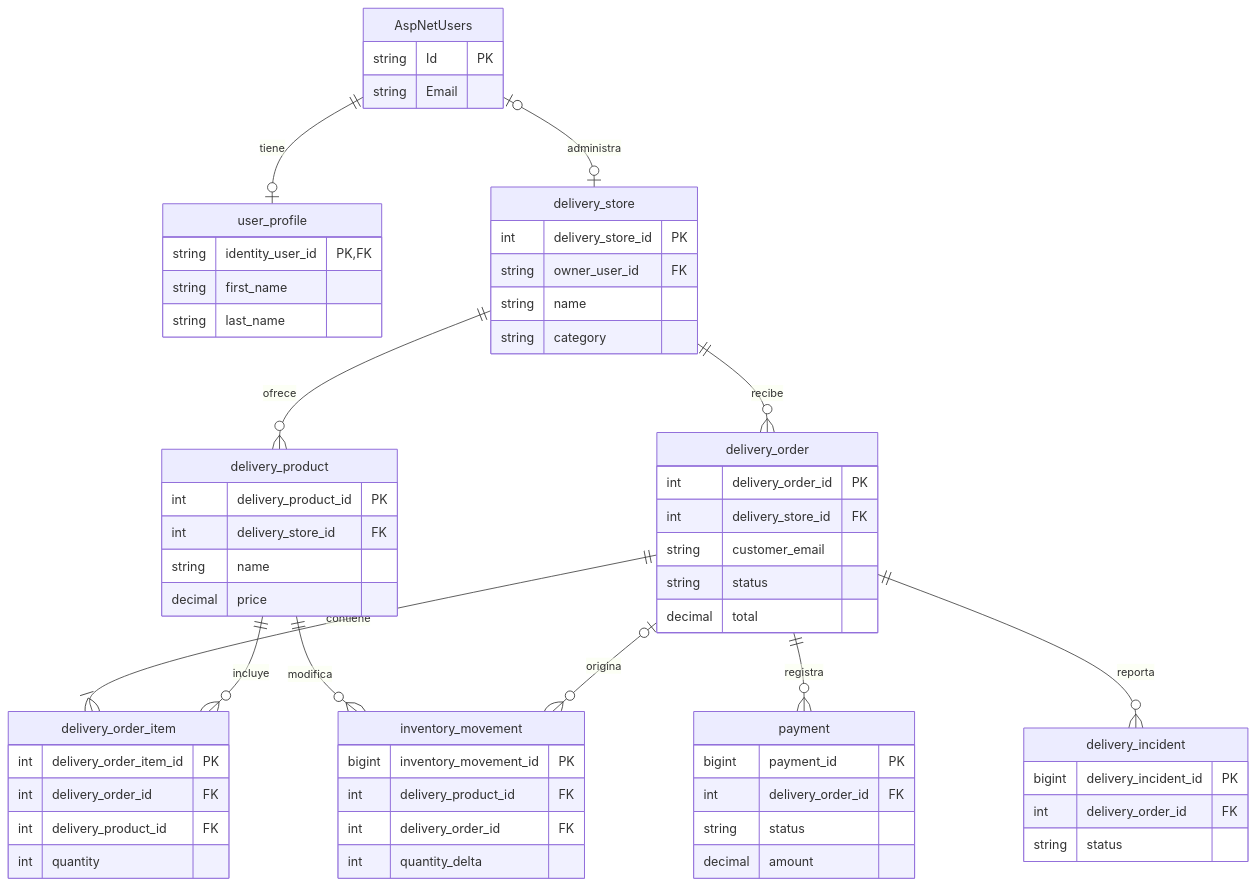
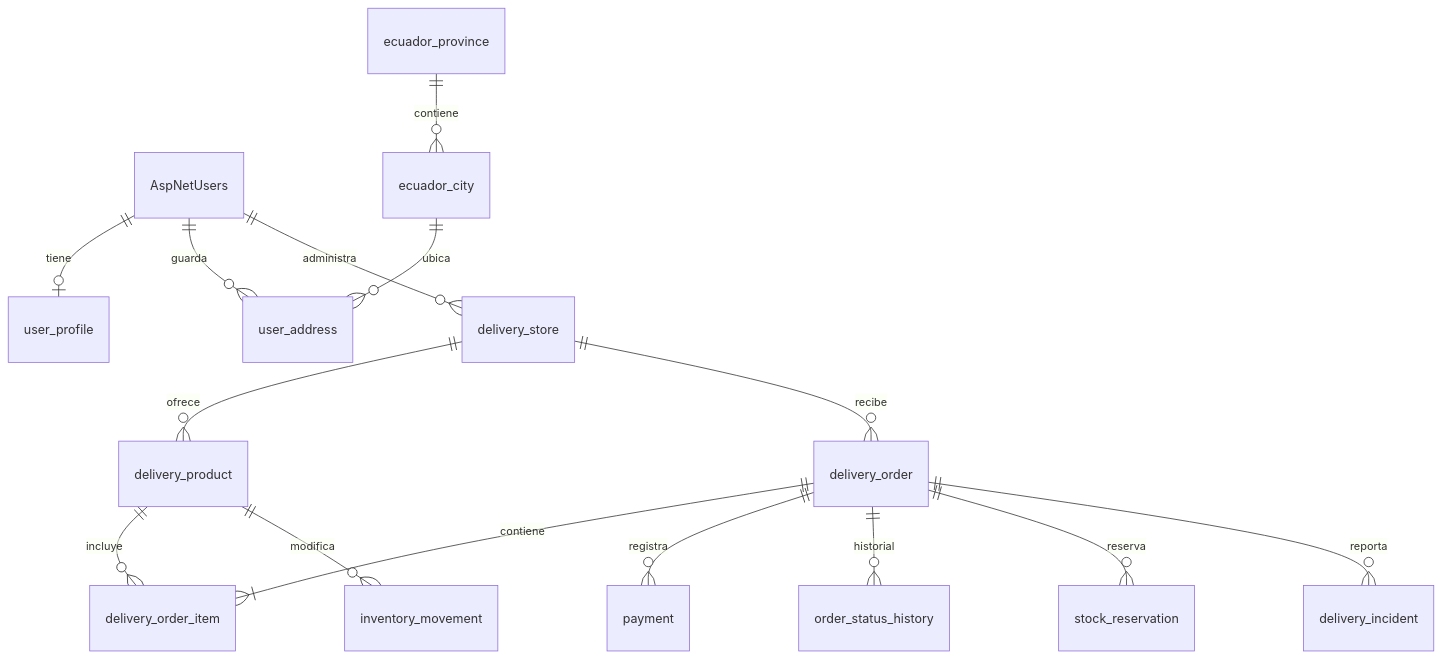
One commit to jeffersonmejia/ollama-orbi-app changed the first of 2 diagrams in README.md. Above: the diagram before and after it, drawn with Mermaid. The commit also changed other lines of this file, not shown here.

````diff
--- a/README.md
+++ b/README.md
@@ -134,73 +201,17 @@
 ```mermaid
 erDiagram
-    AspNetUsers {
-        string Id PK
-        string Email
-    }
-
-    user_profile {
-        string identity_user_id PK, FK
-        string first_name
-        string last_name
-    }
-
-    delivery_store {
-        int delivery_store_id PK
-        string owner_user_id FK
-        string name
-        string category
-    }
-
-    delivery_product {
-        int delivery_product_id PK
-        int delivery_store_id FK
-        string name
-        decimal price
-    }
-
-    delivery_order {
-        int delivery_order_id PK
-        int delivery_store_id FK
-        string customer_email
-        string status
-        decimal total
-    }
-
-    delivery_order_item {
-        int delivery_order_item_id PK
-        int delivery_order_id FK
-        int delivery_product_id FK
-        int quantity
-    }
-
-    payment {
-        bigint payment_id PK
-        int delivery_order_id FK
-        string status
-        decimal amount
-    }
-
-    inventory_movement {
-        bigint inventory_movement_id PK
-        int delivery_product_id FK
-        int delivery_order_id FK
-        int quantity_delta
-    }
-
-    delivery_incident {
-        bigint delivery_incident_id PK
-        int delivery_order_id FK
-        string status
-    }
-
     AspNetUsers ||--o| user_profile : tiene
-    AspNetUsers o|--o| delivery_store : administra
+    AspNetUsers ||--o{ user_address : guarda
+    AspNetUsers ||--o{ delivery_store : administra
     delivery_store ||--o{ delivery_product : ofrece
     delivery_store ||--o{ delivery_order : recibe
     delivery_order ||--|{ delivery_order_item : contiene
     delivery_product ||--o{ delivery_order_item : incluye
     delivery_order ||--o{ payment : registra
     delivery_product ||--o{ inventory_movement : modifica
-    delivery_order o|--o{ inventory_movement : origina
+    delivery_order ||--o{ order_status_history : historial
+    delivery_order ||--o{ stock_reservation : reserva
     delivery_order ||--o{ delivery_incident : reporta
+    ecuador_province ||--o{ ecuador_city : contiene
+    ecuador_city ||--o{ user_address : ubica
 ```
````
